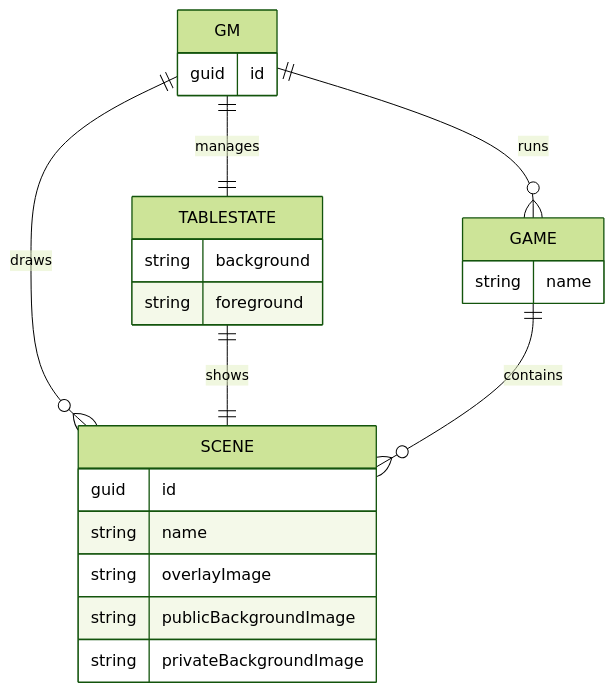
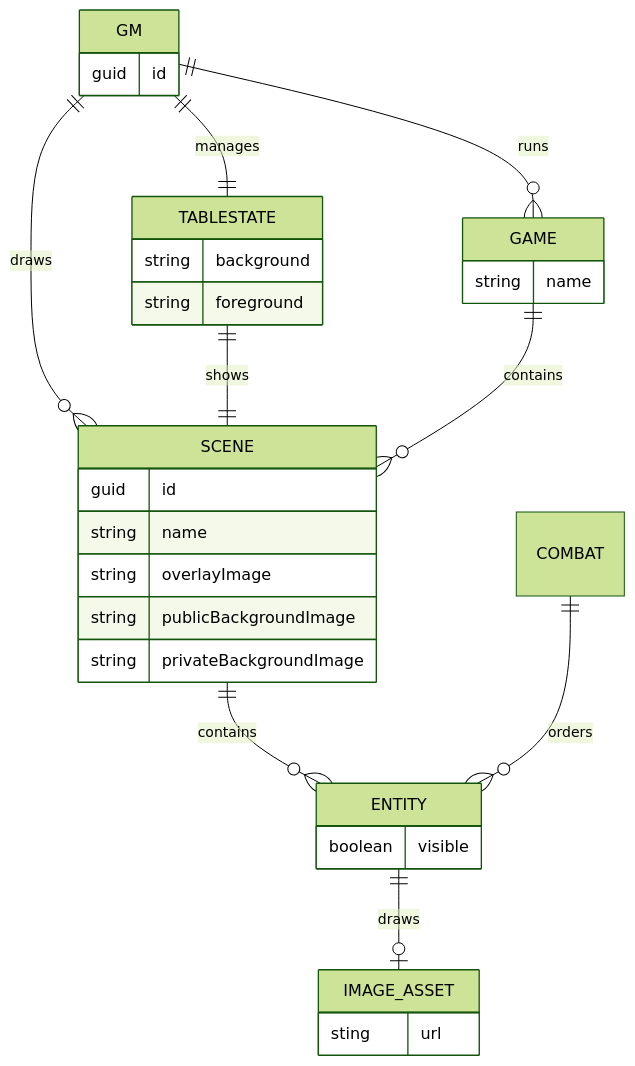
One commit to micahg/tbltp changed the diagram in packages/api/README.md. Above: the diagram before and after it, drawn with Mermaid (forest theme). The commit also changed other lines of this file and 58 other files, not shown here.

````diff
--- a/packages/api/README.md
+++ b/packages/api/README.md
@@ -46,34 +57,48 @@
 ```mermaid
 erDiagram
 
 GM ||--o{ SCENE : draws
 
 GM ||--o{ GAME : runs
 
 GM ||--|| TABLESTATE : manages
 
 TABLESTATE ||--|| SCENE : shows
 
 GAME ||--o{ SCENE : contains
+
+SCENE ||--o{ ENTITY : contains
+
+ENTITY ||--o| IMAGE_ASSET : draws
+
+COMBAT ||--o{ ENTITY : orders
 
 GM {
   guid id
 }
 
 SCENE {
   guid id
   string name
   string overlayImage
   string publicBackgroundImage
   string privateBackgroundImage
 }
 
 TABLESTATE {
   string background
   string foreground
 }
 
 GAME {
   string name
 }
+
+ENTITY {
+  boolean visible
+}
+
+IMAGE_ASSET {
+  sting url
+}
 ```
````
